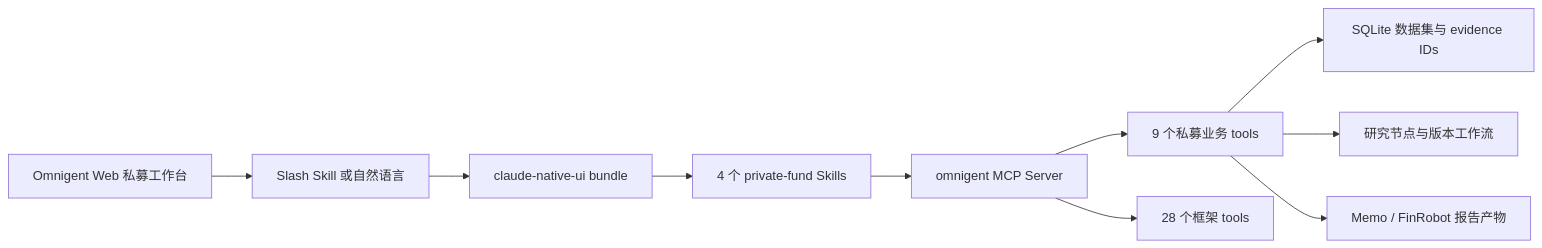
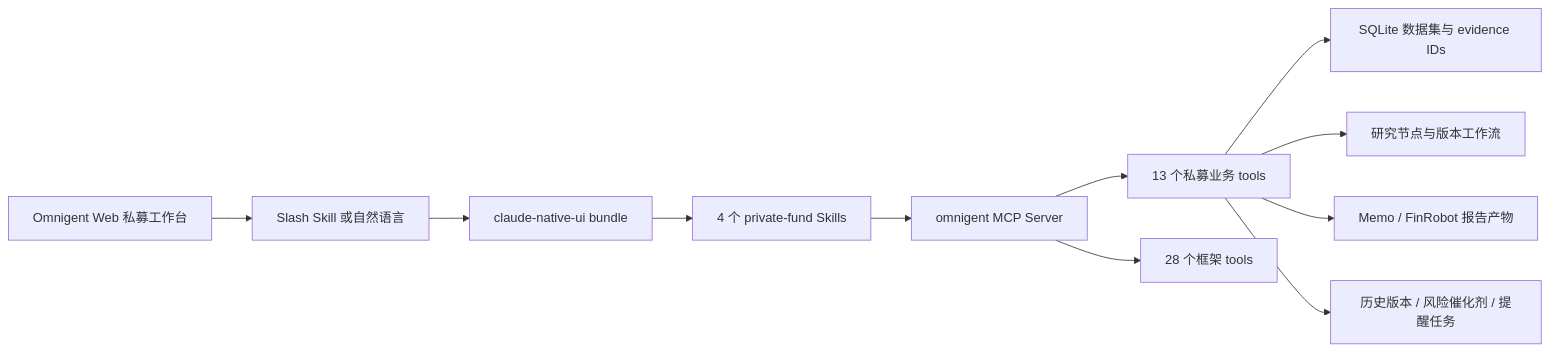
Before and after one commit to simplew4y/pravite_fund_ai_research: the diagram in docs/private_fund_skills_and_mcp_tools.md, drawn with Mermaid. The commit also changed other lines of this file and 51 other files, not shown here.

````diff
--- a/docs/private_fund_skills_and_mcp_tools.md
+++ b/docs/private_fund_skills_and_mcp_tools.md
@@ -21,12 +21,13 @@
 ```mermaid
 flowchart LR
     UI[Omnigent Web 私募工作台] --> CMD[Slash Skill 或自然语言]
     CMD --> AGENT[claude-native-ui bundle]
     AGENT --> SKILL[4 个 private-fund Skills]
     SKILL --> MCP[omnigent MCP Server]
-    MCP --> BIZ[9 个私募业务 tools]
+    MCP --> BIZ[13 个私募业务 tools]
     MCP --> SYS[28 个框架 tools]
     BIZ --> DATA[SQLite 数据集与 evidence IDs]
     BIZ --> FLOW[研究节点与版本工作流]
     BIZ --> OUTPUT[Memo / FinRobot 报告产物]
+    BIZ --> TRACK[历史版本 / 风险催化剂 / 提醒任务]
 ```
````
